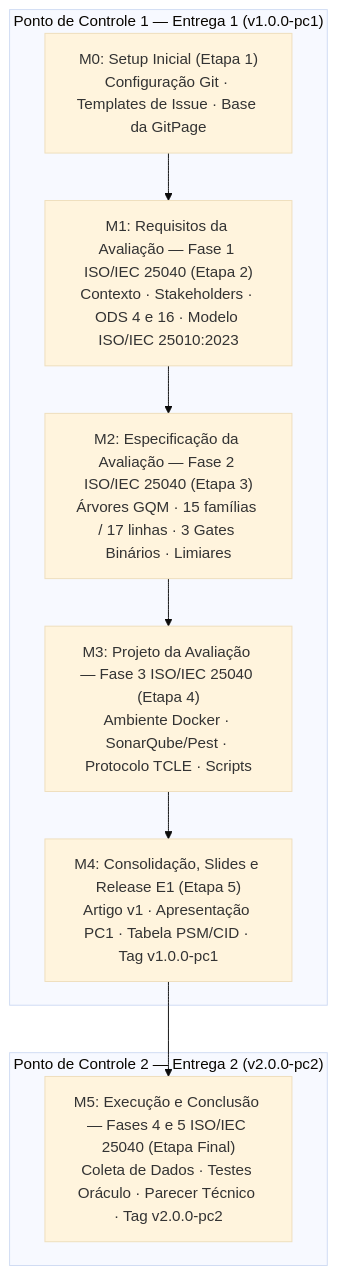
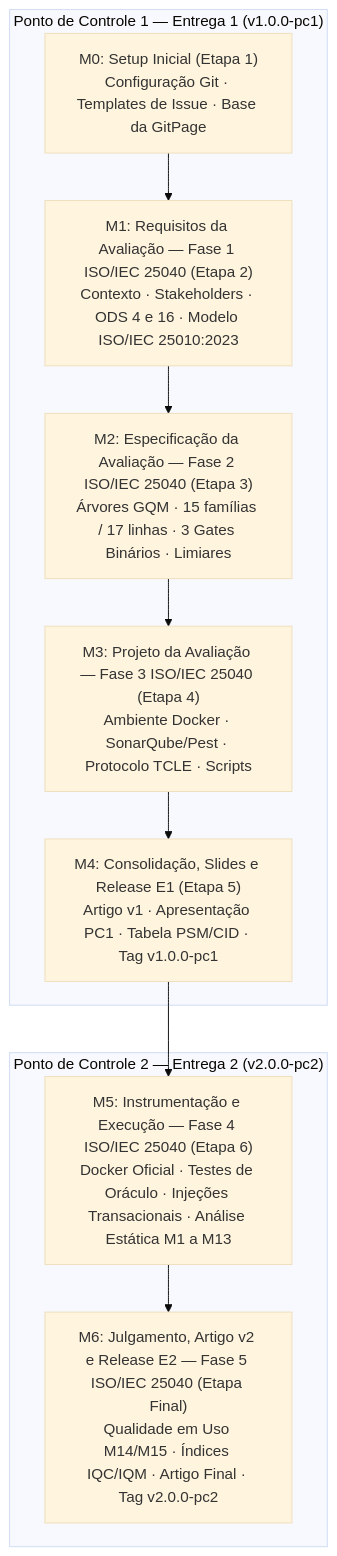
Before and after one commit to FCTE-Qualidade-de-Software-1/2026-2_T02_GRACE_HOPPER: the diagram in docs/gestao_projeto_releases_milestones_issues.md, drawn with Mermaid (base theme). The commit also changed other lines of this file and 3 other files, not shown here.

````diff
--- a/docs/gestao_projeto_releases_milestones_issues.md
+++ b/docs/gestao_projeto_releases_milestones_issues.md
@@ -36,15 +52,17 @@
 ```mermaid
 flowchart TD
     subgraph PC1["Ponto de Controle 1 — Entrega 1 (v1.0.0-pc1)"]
         M0["M0: Setup Inicial (Etapa 1)<br/>Configuração Git · Templates de Issue · Base da GitPage"]
         M1["M1: Requisitos da Avaliação — Fase 1 ISO/IEC 25040 (Etapa 2)<br/>Contexto · Stakeholders · ODS 4 e 16 · Modelo ISO/IEC 25010:2023"]
         M2["M2: Especificação da Avaliação — Fase 2 ISO/IEC 25040 (Etapa 3)<br/>Árvores GQM · 15 famílias / 17 linhas · 3 Gates Binários · Limiares"]
         M3["M3: Projeto da Avaliação — Fase 3 ISO/IEC 25040 (Etapa 4)<br/>Ambiente Docker · SonarQube/Pest · Protocolo TCLE · Scripts"]
         M4["M4: Consolidação, Slides e Release E1 (Etapa 5)<br/>Artigo v1 · Apresentação PC1 · Tabela PSM/CID · Tag v1.0.0-pc1"]
         M0 --> M1 --> M2 --> M3 --> M4
     end
     subgraph PC2["Ponto de Controle 2 — Entrega 2 (v2.0.0-pc2)"]
-        M5["M5: Execução e Conclusão — Fases 4 e 5 ISO/IEC 25040 (Etapa Final)<br/>Coleta de Dados · Testes Oráculo · Parecer Técnico · Tag v2.0.0-pc2"]
+        M5["M5: Instrumentação e Execução — Fase 4 ISO/IEC 25040 (Etapa 6)<br/>Docker Oficial · Testes de Oráculo · Injeções Transacionais · Análise Estática M1 a M13"]
+        M6["M6: Julgamento, Artigo v2 e Release E2 — Fase 5 ISO/IEC 25040 (Etapa Final)<br/>Qualidade em Uso M14/M15 · Índices IQC/IQM · Artigo Final · Tag v2.0.0-pc2"]
+        M5 --> M6
     end
     M4 --> M5
 ```
````
